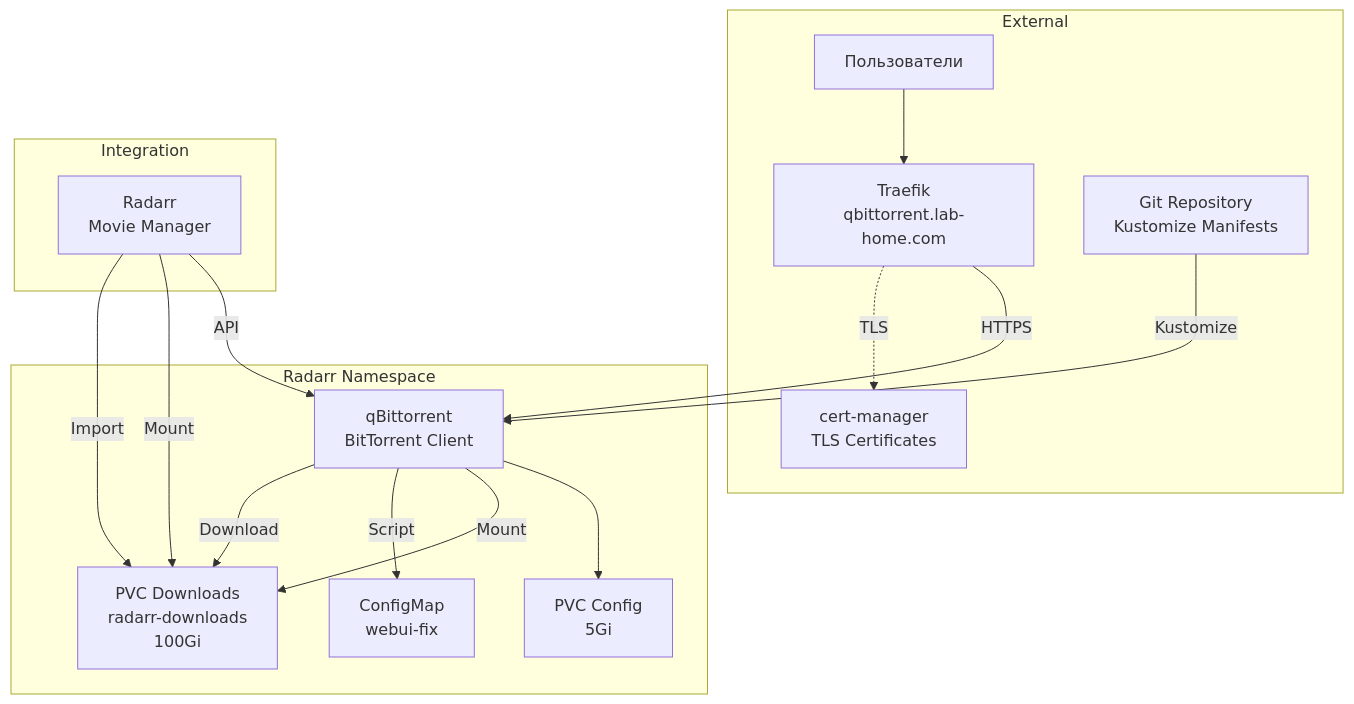
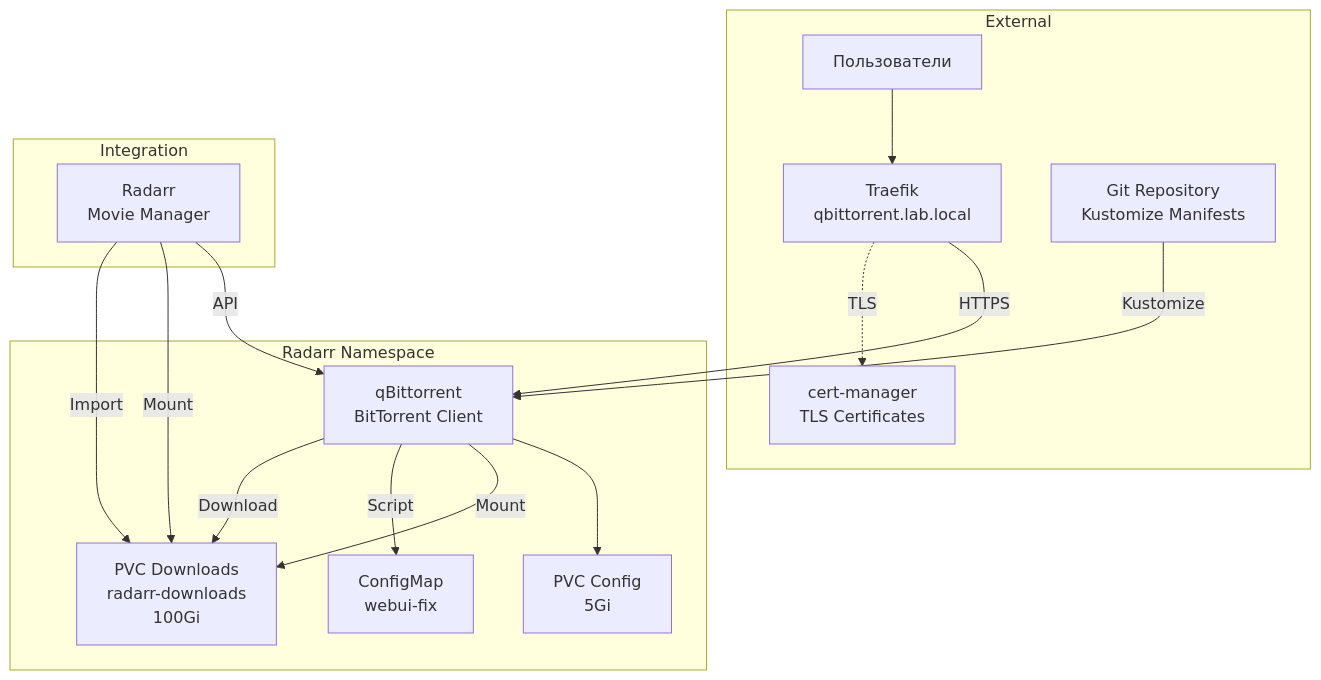
Before and after one commit to barmaglot351/k3s-test: the diagram in argocd-apps/media-server-stack/qbittorrent/README.md, drawn with Mermaid. The commit also changed other lines of this file and 10 other files, not shown here.

````diff
--- a/argocd-apps/media-server-stack/qbittorrent/README.md
+++ b/argocd-apps/media-server-stack/qbittorrent/README.md
@@ -80,33 +74,33 @@
 ```mermaid
 graph TB
     subgraph radarrNs [Radarr Namespace]
         qBittorrent[qBittorrent<br/>BitTorrent Client]
         ConfigPVC[PVC Config<br/>5Gi]
         DownloadsPVC["PVC Downloads<br/>radarr-downloads<br/>100Gi"]
         WebUIFix[ConfigMap<br/>webui-fix]
     end
     
     subgraph external [External]
-        Ingress[Traefik<br/>qbittorrent.lab-home.com]
+        Ingress[Traefik<br/>qbittorrent.lab.local]
         CertManager[cert-manager<br/>TLS Certificates]
         Users[Пользователи]
         GitRepo[Git Repository<br/>Kustomize Manifests]
     end
     
     subgraph integration [Integration]
         Radarr[Radarr<br/>Movie Manager]
     end
     
     Users --> Ingress
     Ingress -->|HTTPS| qBittorrent
     Ingress -.->|TLS| CertManager
     qBittorrent --> ConfigPVC
     qBittorrent -->|Mount| DownloadsPVC
     qBittorrent -->|Script| WebUIFix
     GitRepo -->|Kustomize| qBittorrent
     
     Radarr -->|API| qBittorrent
     Radarr -->|Mount| DownloadsPVC
     qBittorrent -->|Download| DownloadsPVC
     Radarr -->|Import| DownloadsPVC
 ```
````
